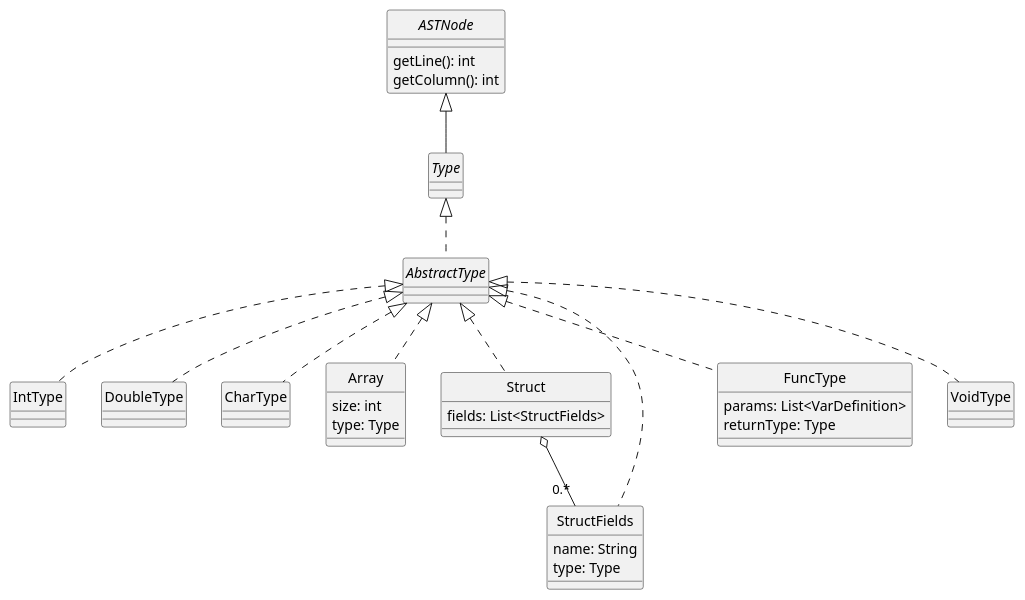
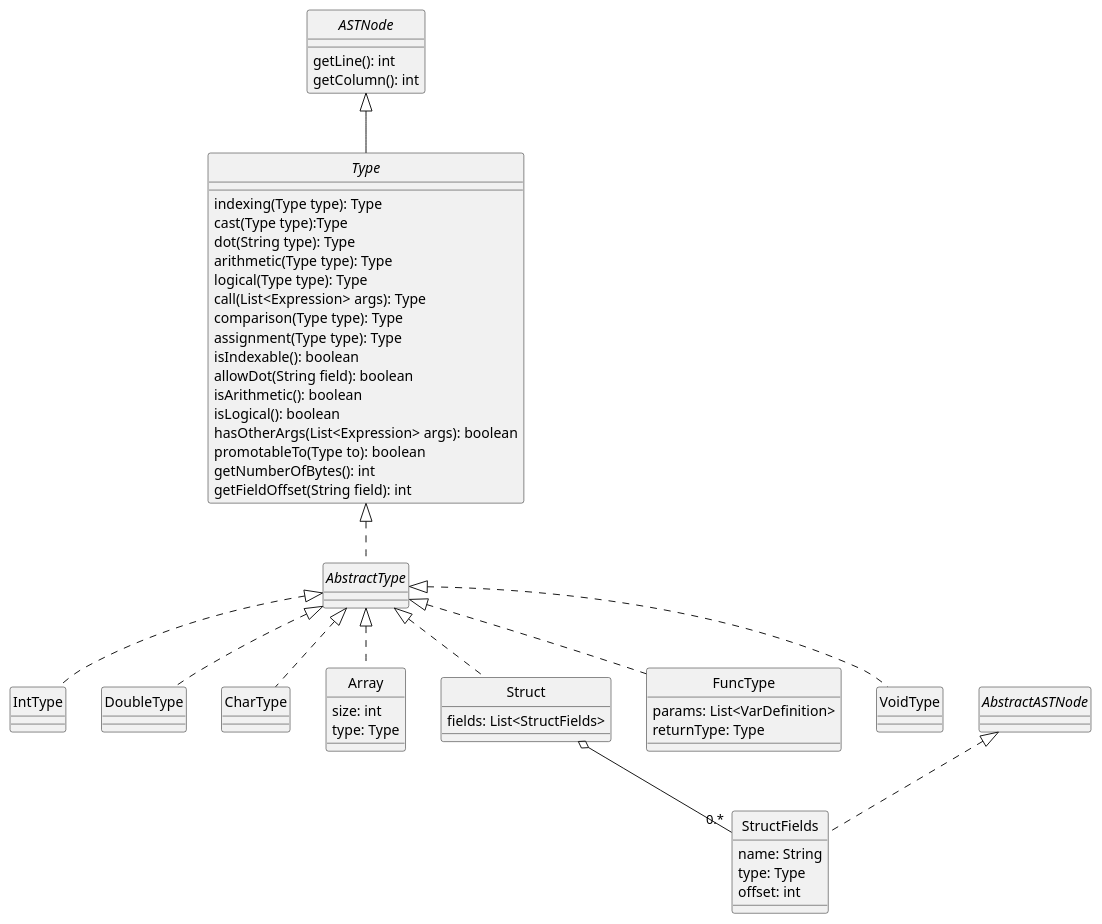
One commit to JonathanAriass/dlp-examen changed the diagram in docs/diagrams/types.plantuml. Above: the diagram before and after it, drawn with PlantUML. The commit also changed 6 other files, not shown here.

```diff
--- a/docs/diagrams/types.plantuml
+++ b/docs/diagrams/types.plantuml
@@ -1,63 +1,81 @@
 @startuml Types
 skinparam style strictuml
 skinparam monochrome true
 
 interface ASTNode {
     getLine(): int
     getColumn(): int
 }
 
-interface Type
+interface Type  {
+    indexing(Type type): Type
+    cast(Type type):Type
+    dot(String type): Type
+    arithmetic(Type type): Type
+    logical(Type type): Type
+    call(List<Expression> args): Type
+    comparison(Type type): Type
+    assignment(Type type): Type
+    isIndexable(): boolean
+    allowDot(String field): boolean
+    isArithmetic(): boolean
+    isLogical(): boolean
+    hasOtherArgs(List<Expression> args): boolean
+    promotableTo(Type to): boolean
+    getNumberOfBytes(): int
+    getFieldOffset(String field): int
+}
 
 ASTNode <|-- Type
 
 abstract AbstractType
 
 Type <|.. AbstractType
 
 class IntType
 
 AbstractType <|.. IntType
 
 class DoubleType
 
 AbstractType <|.. DoubleType
 
 class CharType
 
 AbstractType <|.. CharType
 
 class Array {
     size: int
     type: Type
 }
 
 AbstractType <|.. Array
 
 class Struct {
     fields: List<StructFields>
 }
 
 Struct  o-- "0.*" StructFields
 
-class StructFields implements AbstractType {
+class StructFields implements AbstractASTNode {
     name: String
     type: Type
+    offset: int
 }
 
 AbstractType <|.. Struct
 
 class FuncType {
     params: List<VarDefinition>
     returnType: Type
 }
 
 AbstractType <|.. FuncType
 
 class VoidType {
 
 }
 
 AbstractType <|.. VoidType
 
 @enduml
```
